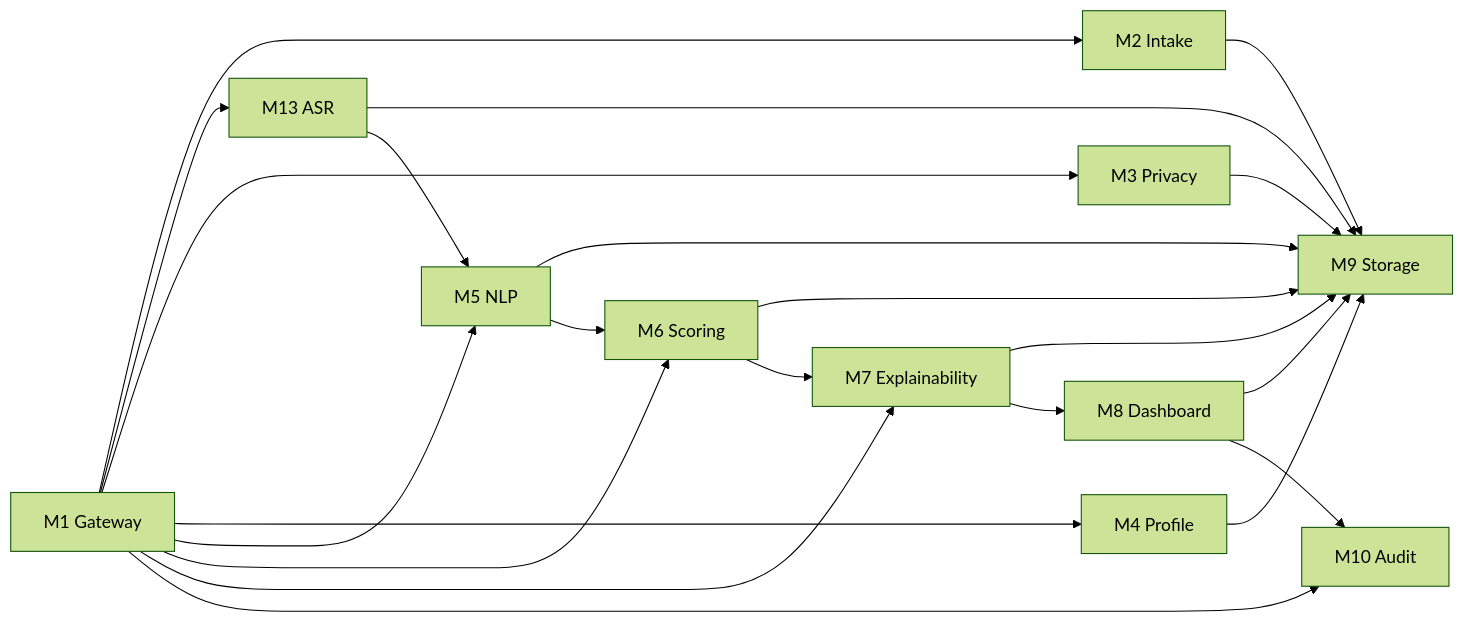
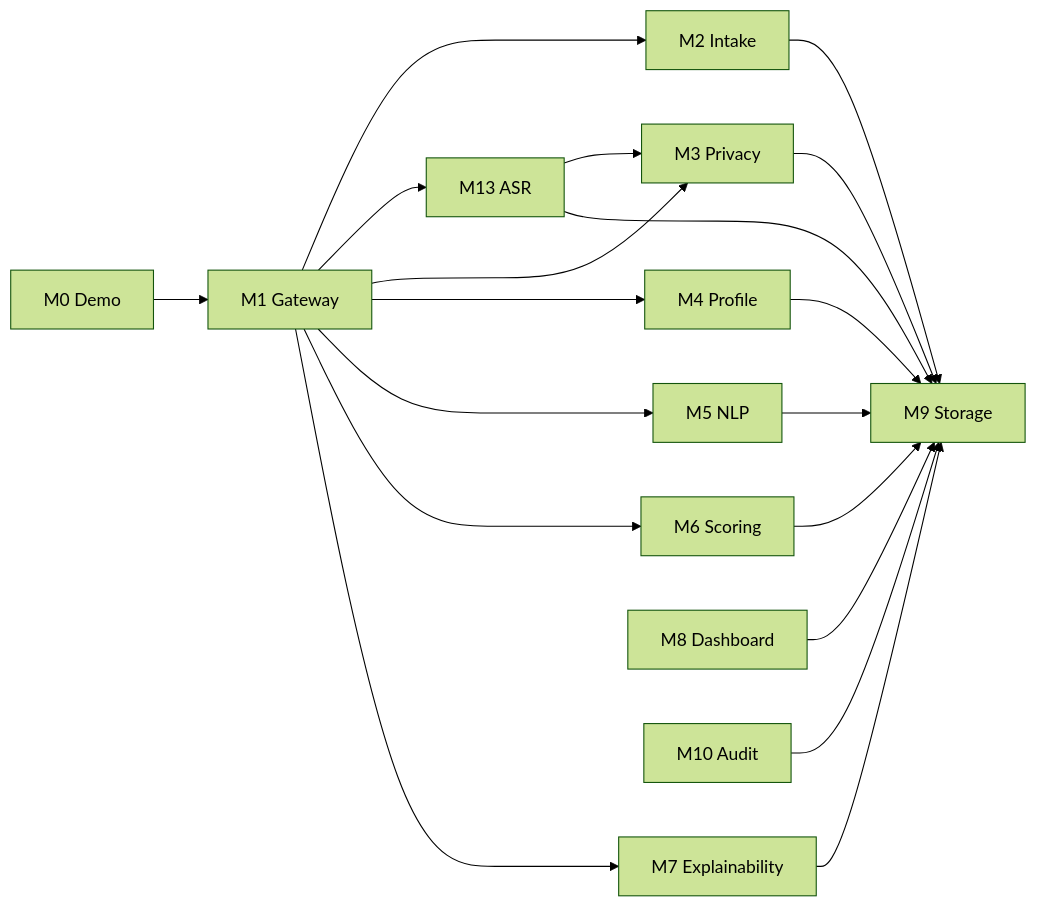
One commit to alenisaw/invision_u_Vi-Ka changed the diagram in docs/rus/MODULES.md. Above: the diagram before and after it, drawn with Mermaid (forest theme). The commit also changed other lines of this file and 68 other files, not shown here.

````diff
--- a/docs/rus/MODULES.md
+++ b/docs/rus/MODULES.md
@@ -31,36 +32,34 @@
 ```mermaid
 flowchart LR
+    M0["M0 Demo"]
     M1["M1 Gateway"]
     M2["M2 Intake"]
     M13["M13 ASR"]
     M3["M3 Privacy"]
     M4["M4 Profile"]
     M5["M5 NLP"]
     M6["M6 Scoring"]
     M7["M7 Explainability"]
     M8["M8 Dashboard"]
     M9["M9 Storage"]
     M10["M10 Audit"]
 
+    M0 --> M1
     M1 --> M2
     M1 --> M13
     M1 --> M3
     M1 --> M4
     M1 --> M5
     M1 --> M6
     M1 --> M7
-    M1 --> M10
     M2 --> M9
     M3 --> M9
     M4 --> M9
     M5 --> M9
     M6 --> M9
     M7 --> M9
     M8 --> M9
+    M10 --> M9
+    M13 --> M3
     M13 --> M9
-    M13 --> M5
-    M5 --> M6
-    M6 --> M7
-    M7 --> M8
-    M8 --> M10
 ```
````
